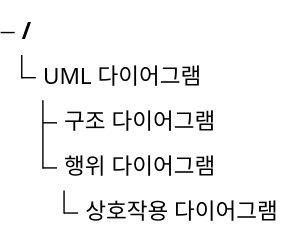
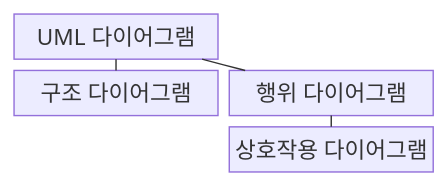
One commit to agnusdei1207/knowledge-base changed the first of 2 diagrams in src/content/docs/notes/03-software/037_uml_diagrams.md. Above: the diagram before and after it, drawn with Mermaid. The commit also changed other lines of this file and 493 other files, not shown here.

````diff
--- a/src/content/docs/notes/03-software/037_uml_diagrams.md
+++ b/src/content/docs/notes/03-software/037_uml_diagrams.md
@@ -69,7 +69,10 @@
 ```mermaid
-treeView-beta
-  "UML 다이어그램"
-    "구조 다이어그램"
-    "행위 다이어그램"
-      "상호작용 다이어그램"
+block-beta
+  columns 2
+  U["UML 다이어그램"] space
+  S["구조 다이어그램"] B["행위 다이어그램"]
+  space I["상호작용 다이어그램"]
+  U --- S
+  U --- B
+  B --- I
 ```
````
